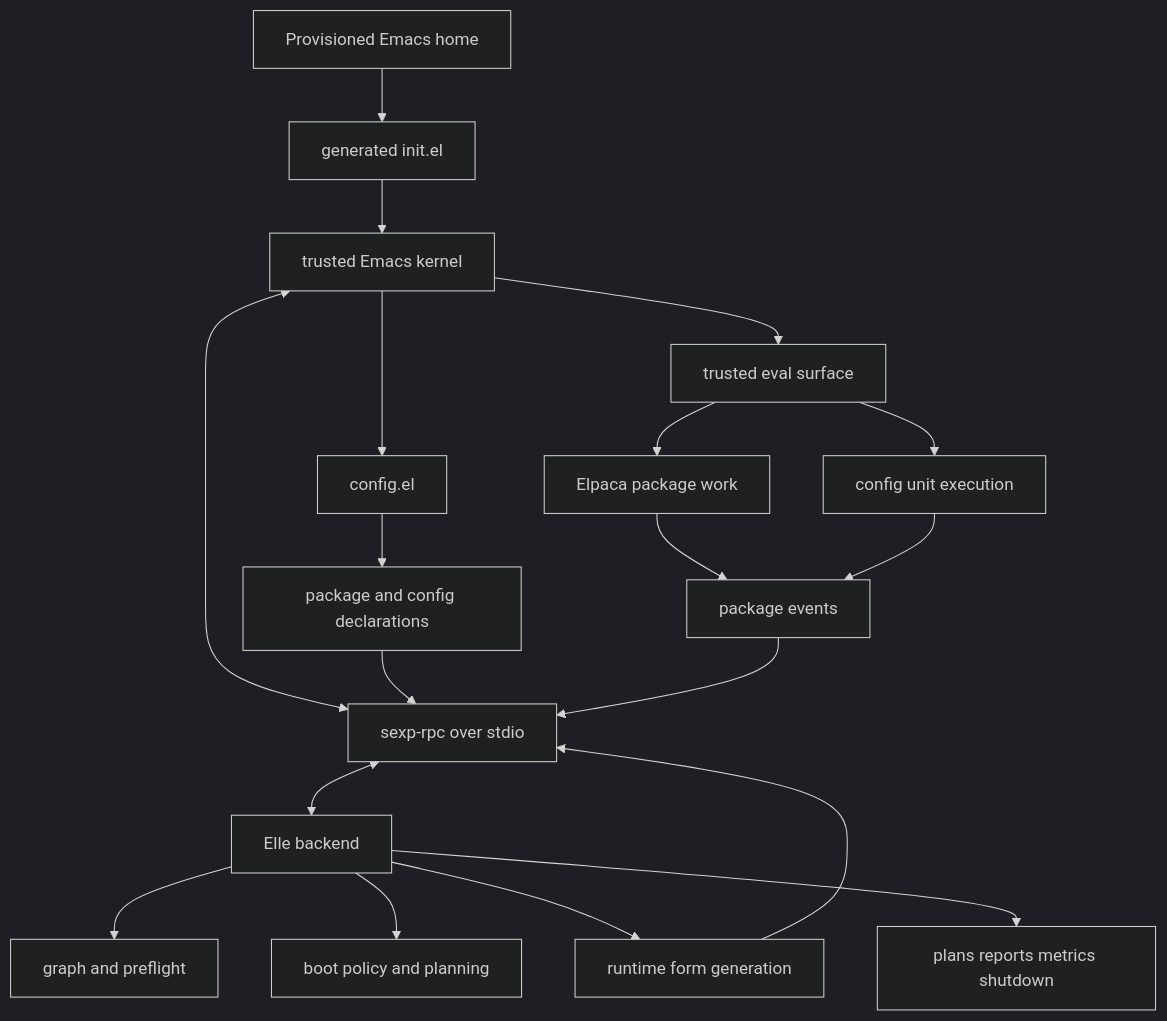
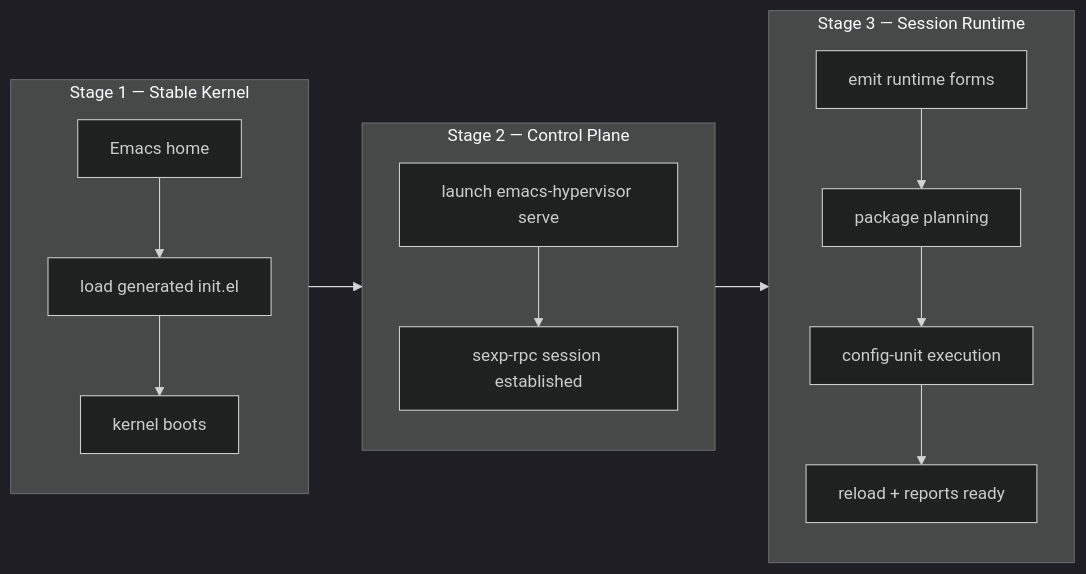
One commit to nohzafk/emacs-hypervisor changed the second of 2 diagrams in README.md. Above: the diagram before and after it, drawn with Mermaid (dark theme). The commit also changed other lines of this file and 5 other files, not shown here.

````diff
--- a/README.md
+++ b/README.md
@@ -33,25 +329,24 @@
 ```mermaid
-flowchart TD
-    Home["Provisioned Emacs home"] --> Init["generated init.el"]
-    Init --> Kernel["trusted Emacs kernel"]
-    Kernel <--> RPC["sexp-rpc over stdio"]
-    RPC <--> Elle["Elle backend"]
+flowchart LR
+    subgraph S1["Stage 1 — Stable Kernel"]
+        direction TB
+        A["Emacs home"] --> B["load generated init.el"]
+        B --> C["kernel boots"]
+    end
 
-    Config["config.el"] --> Decls["package and config declarations"]
-    Kernel --> Config
-    Decls --> RPC
+    subgraph S2["Stage 2 — Control Plane"]
+        direction TB
+        D["launch emacs-hypervisor serve"]
+        D --> E["sexp-rpc session established"]
+    end
 
-    Elle --> Graph["graph and preflight"]
-    Elle --> Policy["boot policy and planning"]
-    Elle --> Runtime["runtime form generation"]
+    subgraph S3["Stage 3 — Session Runtime"]
+        direction TB
+        F["emit runtime forms"]
+        F --> G["package planning"]
+        G --> H["config-unit execution"]
+        H --> I["reload + reports ready"]
+    end
 
-    Runtime --> RPC
-    Kernel --> Eval["trusted eval surface"]
-    Eval --> Elpaca["Elpaca package work"]
-    Eval --> Units["config unit execution"]
-
-    Elpaca --> Events["package events"]
-    Units --> Events
-    Events --> RPC
-    Elle --> Reports["plans reports metrics shutdown"]
+    S1 --> S2 --> S3
 ```
````
